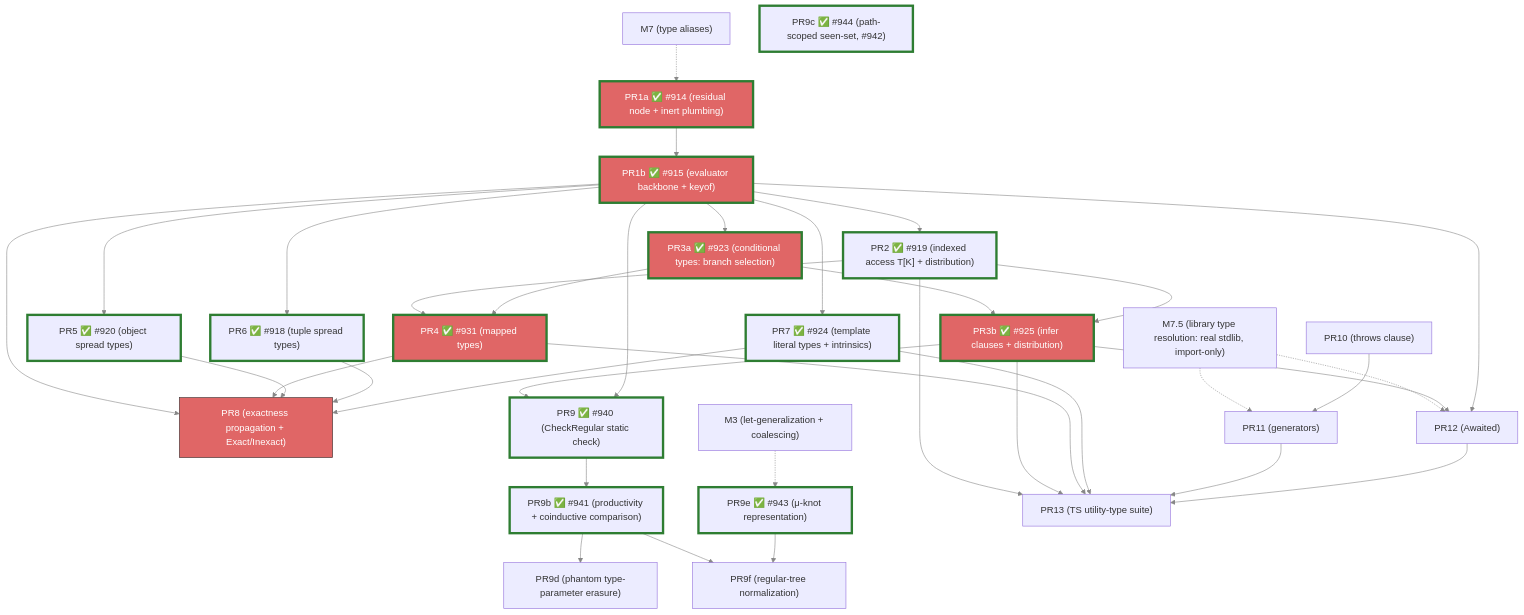
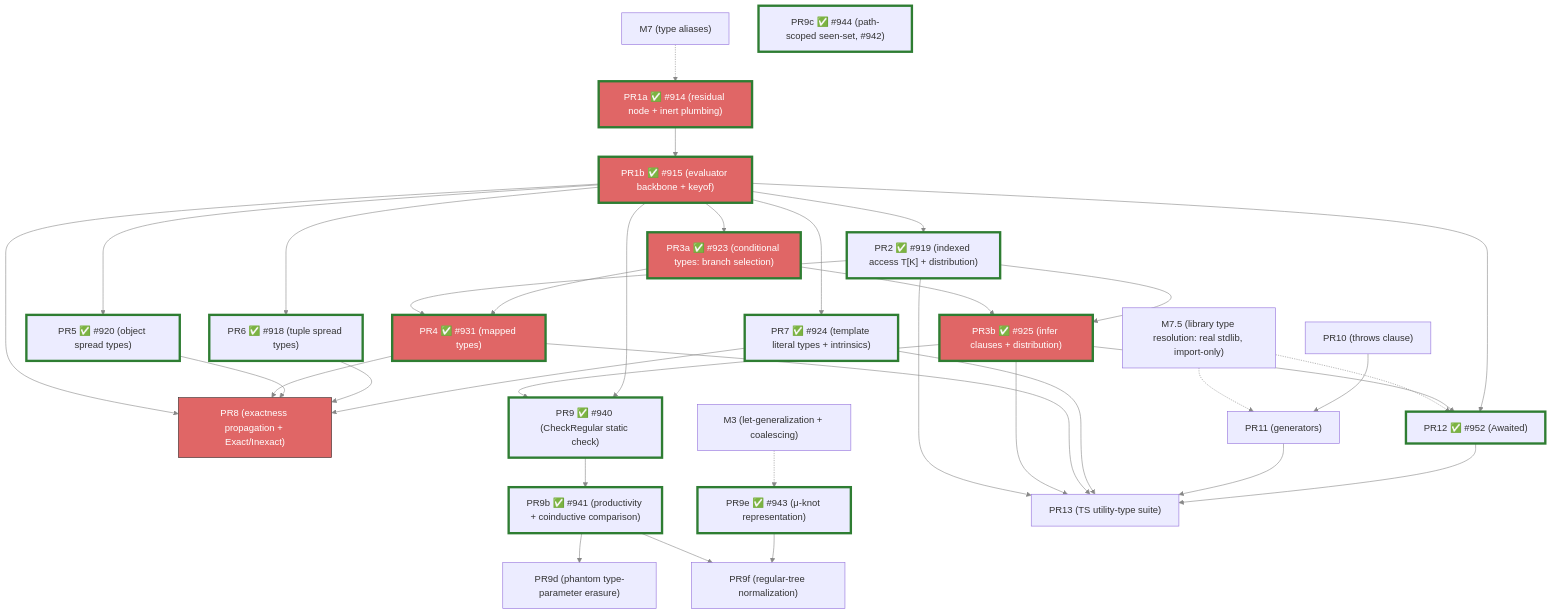
Before and after one commit to escalier-lang/escalier: the diagram in planning/simple_sub/m9-implementation-plan.md, drawn with Mermaid. The commit also changed other lines of this file and 1 other file, not shown here.

````diff
--- a/planning/simple_sub/m9-implementation-plan.md
+++ b/planning/simple_sub/m9-implementation-plan.md
@@ -866,78 +888,79 @@
 ```mermaid
 graph TD
     M7["M7 (type aliases)"]
     M75["M7.5 (library type resolution: real stdlib, import-only)"]
     PR1a["PR1a ✅ #914 (residual node + inert plumbing)"]
     PR1b["PR1b ✅ #915 (evaluator backbone + keyof)"]
     PR2["PR2 ✅ #919 (indexed access T[K] + distribution)"]
     PR3a["PR3a ✅ #923 (conditional types: branch selection)"]
     PR3b["PR3b ✅ #925 (infer clauses + distribution)"]
     PR4["PR4 ✅ #931 (mapped types)"]
     PR5["PR5 ✅ #920 (object spread types)"]
     PR6["PR6 ✅ #918 (tuple spread types)"]
     PR7["PR7 ✅ #924 (template literal types + intrinsics)"]
     PR8["PR8 (exactness propagation + Exact/Inexact)"]
     PR9["PR9 ✅ #940 (CheckRegular static check)"]
     PR9b["PR9b ✅ #941 (productivity + coinductive comparison)"]
     PR9c["PR9c ✅ #944 (path-scoped seen-set, #942)"]
     PR9d["PR9d (phantom type-parameter erasure)"]
     PR9e["PR9e ✅ #943 (μ-knot representation)"]
     PR9f["PR9f (regular-tree normalization)"]
     M3["M3 (let-generalization + coalescing)"]
     PR10["PR10 (throws clause)"]
     PR11["PR11 (generators)"]
-    PR12["PR12 (Awaited<T>)"]
+    PR12["PR12 ✅ #952 (Awaited<T>)"]
     PR13["PR13 (TS utility-type suite)"]
 
     M7 -.-> PR1a
     M75 -.-> PR11
     M75 -.-> PR12
     M3 -.-> PR9e
 
     PR1a --> PR1b
     PR1b --> PR2
     PR1b --> PR3a
     PR1b --> PR5
     PR1b --> PR6
     PR1b --> PR7
     PR1b --> PR8
     PR3a --> PR3b
     PR2 --> PR3b
     PR2 --> PR4
     PR2 --> PR13
     PR3a --> PR4
     PR3b --> PR9
     PR1b --> PR9
     PR9 --> PR9b
     PR9b --> PR9d
     PR9b --> PR9f
     PR9e --> PR9f
     PR3b --> PR12
     PR1b --> PR12
     PR3b --> PR13
     PR4 --> PR8
     PR4 --> PR13
     PR5 --> PR8
     PR6 --> PR8
     PR7 --> PR8
     PR7 --> PR13
     PR10 --> PR11
     PR11 --> PR13
     PR12 --> PR13
 
     linkStyle default stroke:#888
     style PR1a fill:#e06666,stroke:#2e7d32,stroke-width:4px,color:#fff
     style PR1b fill:#e06666,stroke:#2e7d32,stroke-width:4px,color:#fff
     style PR3a fill:#e06666,stroke:#2e7d32,stroke-width:4px,color:#fff
     style PR3b fill:#e06666,stroke:#2e7d32,stroke-width:4px,color:#fff
     style PR4 fill:#e06666,stroke:#2e7d32,stroke-width:4px,color:#fff
     style PR8 fill:#e06666,stroke:#333,color:#fff
     style PR2 stroke:#2e7d32,stroke-width:4px
     style PR5 stroke:#2e7d32,stroke-width:4px
     style PR6 stroke:#2e7d32,stroke-width:4px
     style PR7 stroke:#2e7d32,stroke-width:4px
     style PR9 stroke:#2e7d32,stroke-width:4px
     style PR9b stroke:#2e7d32,stroke-width:4px
     style PR9c stroke:#2e7d32,stroke-width:4px
     style PR9e stroke:#2e7d32,stroke-width:4px
+    style PR12 stroke:#2e7d32,stroke-width:4px
 ```
````
